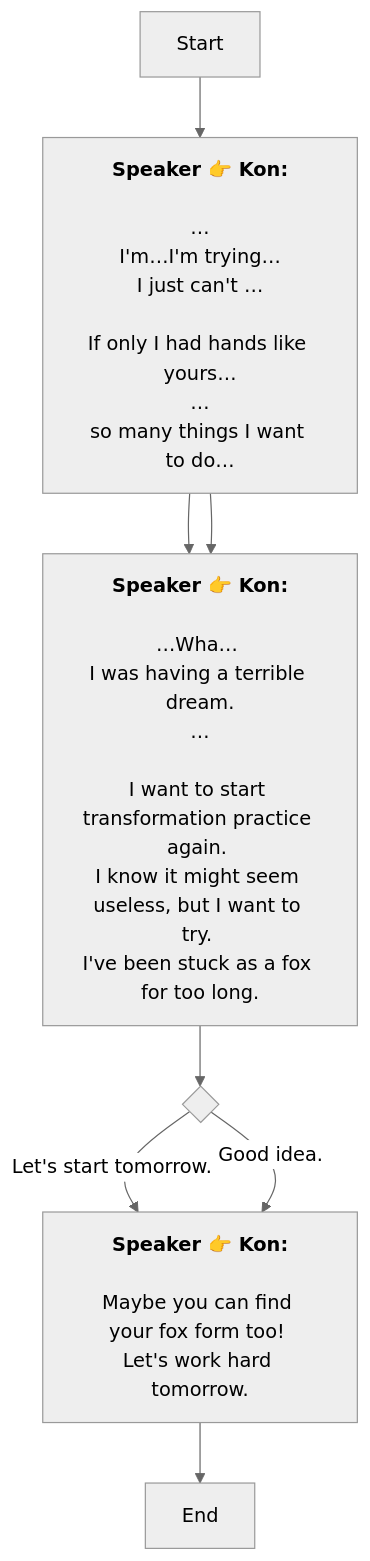
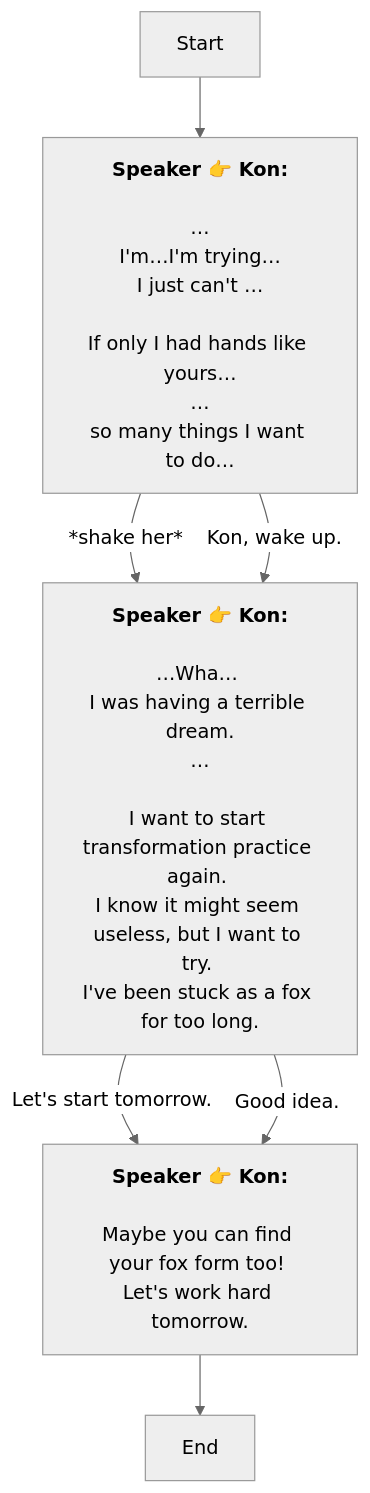
Before and after one commit to SoftHu/tos_avg: the diagram in En/MQFoxSleep.md, drawn with Mermaid (neutral theme). The commit also changed 737 other files, not shown here.

````diff
--- a/En/MQFoxSleep.md
+++ b/En/MQFoxSleep.md
@@ -1,46 +1,37 @@
 ```mermaid
 graph
 Start -->1740034913928581[<b>Speaker 👉 Kon:</b>
-
-…
+\n…
 I'm…I'm trying…
 I just can't …
-
-If only I had hands like yours…
+\nIf only I had hands like yours…
 …
 so many things I want to do…
 ]
-1740034913928581 -->1768707568877843[<b>Speaker 👉 Kon:</b>
-
-…Wha… 
+1740034913928581 -->|*shake her*|1768707568877843[<b>Speaker 👉 Kon:</b>
+\n…Wha… 
 I was having a terrible dream.
 …
-
-I want to start transformation practice again. 
+\nI want to start transformation practice again. 
 I know it might seem useless, but I want to try. 
 I've been stuck as a fox for too long.
 ]
-1740034913928581 -->1768707568877843[<b>Speaker 👉 Kon:</b>
-
-…Wha… 
+1740034913928581 -->|Kon, wake up.|1768707568877843[<b>Speaker 👉 Kon:</b>
+\n…Wha… 
 I was having a terrible dream.
 …
-
-I want to start transformation practice again. 
+\nI want to start transformation practice again. 
 I know it might seem useless, but I want to try. 
 I've been stuck as a fox for too long.
 ]
-1768707568877843 -->1768707617689880{ }
-1768707617689880 -->|Let's start tomorrow.|1768707642234137[<b>Speaker 👉 Kon:</b>
-
-Maybe you can find your fox form too! 
+1768707568877843 -->|Let's start tomorrow.|1768707642234137[<b>Speaker 👉 Kon:</b>
+\nMaybe you can find your fox form too! 
 Let's work hard tomorrow.
 ]
-1768707617689880 -->|Good idea.|1768707642234137[<b>Speaker 👉 Kon:</b>
-
-Maybe you can find your fox form too! 
+1768707568877843 -->|Good idea.|1768707642234137[<b>Speaker 👉 Kon:</b>
+\nMaybe you can find your fox form too! 
 Let's work hard tomorrow.
 ]
 1768707642234137 -->1740034963376518[End]
 
- ```
+```
````
